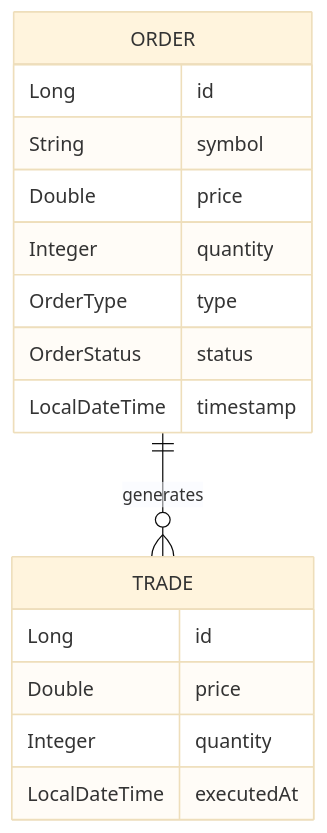
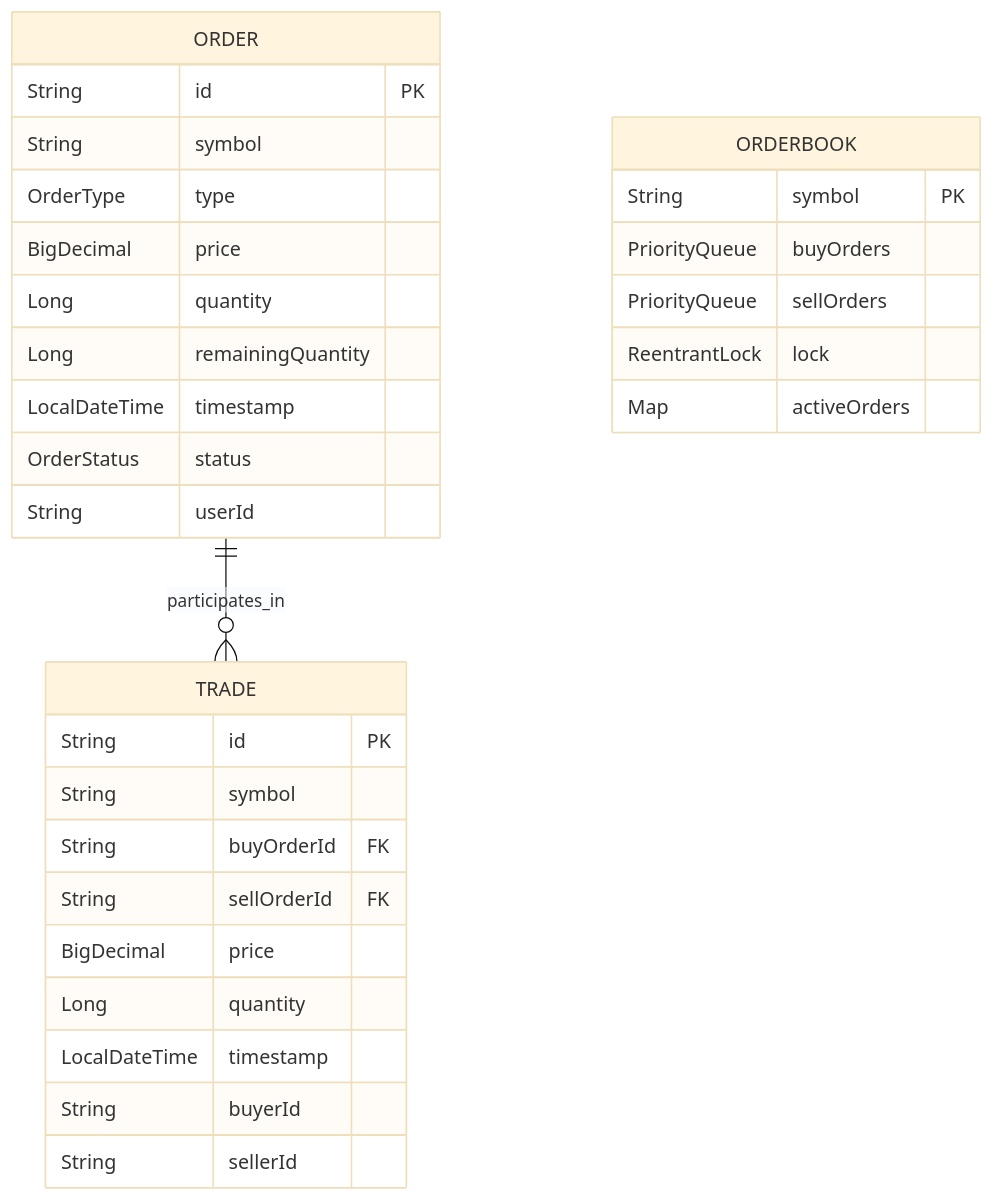
The second of 3 diagrams in README.md (parthibCsaha/Real-Time-Stock-Matching-Engine), drawn with Mermaid (base theme) before and after one commit. The commit also changed other lines of this file, not shown here.

````diff
--- a/README.md
+++ b/README.md
@@ -71,21 +98,35 @@
 ```mermaid
 erDiagram
-  ORDER ||--o{ TRADE : generates
-
-  ORDER {
-    Long id
-    String symbol
-    Double price
-    Integer quantity
-    OrderType type
-    OrderStatus status
-    LocalDateTime timestamp
-  }
-
-  TRADE {
-    Long id
-    Double price
-    Integer quantity
-    LocalDateTime executedAt
-  }
+    ORDER ||--o{ TRADE : "participates_in"
+    ORDER {
+        String id PK
+        String symbol
+        OrderType type
+        BigDecimal price
+        Long quantity
+        Long remainingQuantity
+        LocalDateTime timestamp
+        OrderStatus status
+        String userId
+    }
+    
+    TRADE {
+        String id PK
+        String symbol
+        String buyOrderId FK
+        String sellOrderId FK
+        BigDecimal price
+        Long quantity
+        LocalDateTime timestamp
+        String buyerId
+        String sellerId
+    }
+    
+    ORDERBOOK {
+        String symbol PK
+        PriorityQueue buyOrders
+        PriorityQueue sellOrders
+        ReentrantLock lock
+        Map activeOrders
+    }
 ```
````
